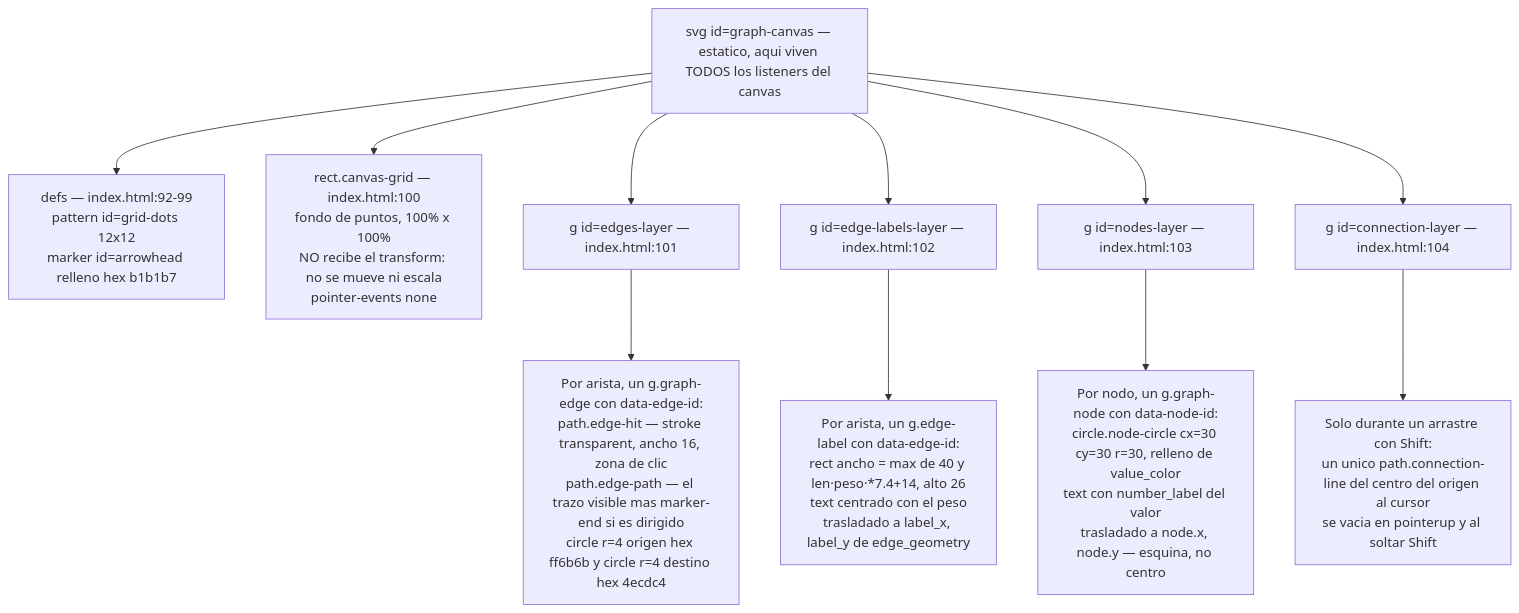
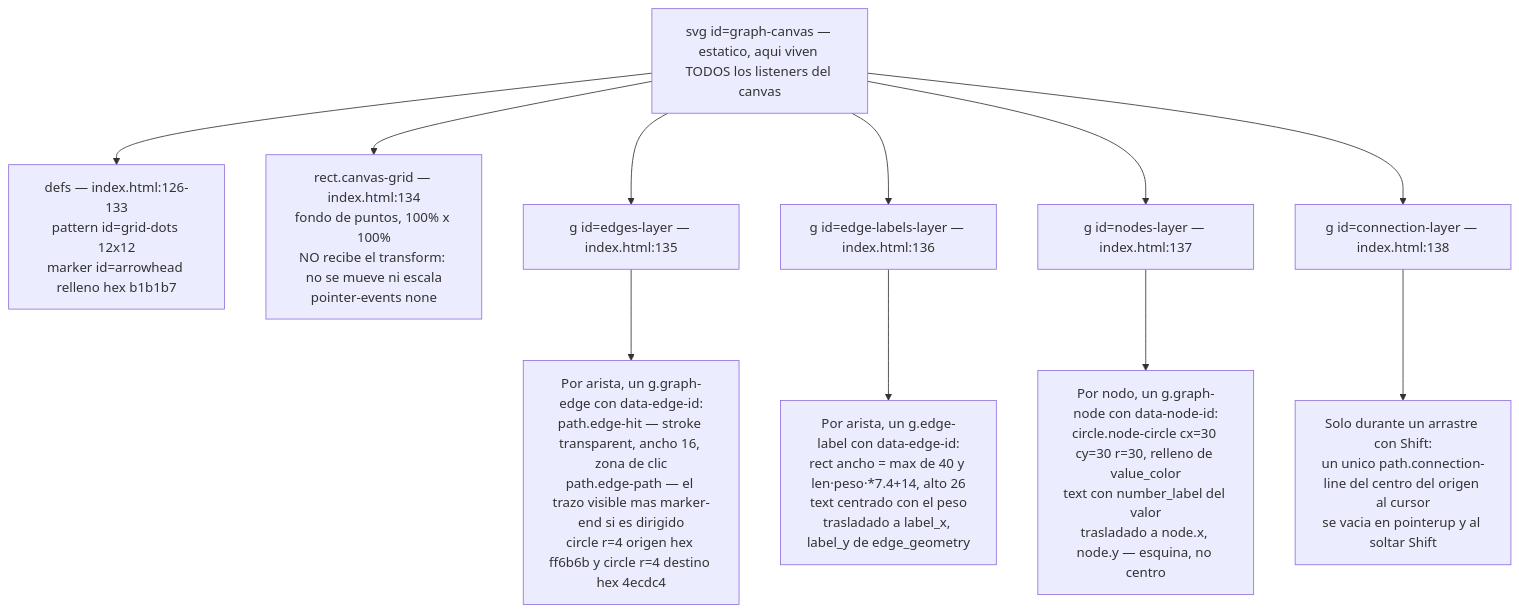
Before and after one commit to Rou-uu/consenso-simulador: the second of 6 diagrams in docs/03-interfaz.md, drawn with Mermaid. The commit also changed other lines of this file and 19 other files, not shown here.

````diff
--- a/docs/03-interfaz.md
+++ b/docs/03-interfaz.md
@@ -144,15 +144,15 @@
 ```mermaid
 flowchart TD
     SVG["svg id=graph-canvas — estatico, aqui viven TODOS los listeners del canvas"]
-    SVG --> DEFS["defs — index.html:92-99<br/>pattern id=grid-dots 12x12<br/>marker id=arrowhead relleno hex b1b1b7"]
-    SVG --> GRID["rect.canvas-grid — index.html:100<br/>fondo de puntos, 100% x 100%<br/>NO recibe el transform: no se mueve ni escala<br/>pointer-events none"]
-    SVG --> L1["g id=edges-layer — index.html:101"]
-    SVG --> L2["g id=edge-labels-layer — index.html:102"]
-    SVG --> L3["g id=nodes-layer — index.html:103"]
-    SVG --> L4["g id=connection-layer — index.html:104"]
+    SVG --> DEFS["defs — index.html:126-133<br/>pattern id=grid-dots 12x12<br/>marker id=arrowhead relleno hex b1b1b7"]
+    SVG --> GRID["rect.canvas-grid — index.html:134<br/>fondo de puntos, 100% x 100%<br/>NO recibe el transform: no se mueve ni escala<br/>pointer-events none"]
+    SVG --> L1["g id=edges-layer — index.html:135"]
+    SVG --> L2["g id=edge-labels-layer — index.html:136"]
+    SVG --> L3["g id=nodes-layer — index.html:137"]
+    SVG --> L4["g id=connection-layer — index.html:138"]
 
     L1 --> L1C["Por arista, un g.graph-edge con data-edge-id:<br/>path.edge-hit — stroke transparent, ancho 16, zona de clic<br/>path.edge-path — el trazo visible mas marker-end si es dirigido<br/>circle r=4 origen hex ff6b6b y circle r=4 destino hex 4ecdc4"]
     L2 --> L2C["Por arista, un g.edge-label con data-edge-id:<br/>rect ancho = max de 40 y len·peso·*7.4+14, alto 26<br/>text centrado con el peso<br/>trasladado a label_x, label_y de edge_geometry"]
     L3 --> L3C["Por nodo, un g.graph-node con data-node-id:<br/>circle.node-circle cx=30 cy=30 r=30, relleno de value_color<br/>text con number_label del valor<br/>trasladado a node.x, node.y — esquina, no centro"]
     L4 --> L4C["Solo durante un arrastre con Shift:<br/>un unico path.connection-line del centro del origen al cursor<br/>se vacia en pointerup y al soltar Shift"]
 ```
````
